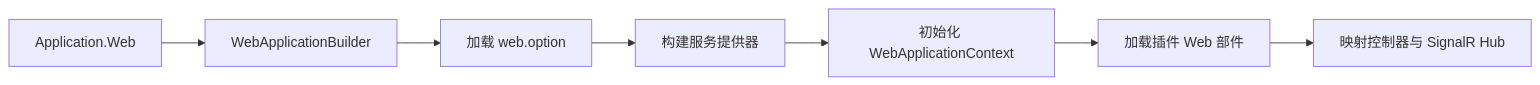
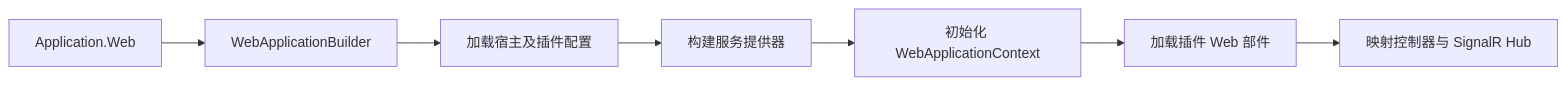
Before and after one commit to Zongsoft/framework: the diagram in Zongsoft.Plugins.Web/README.zh-Hans.md, drawn with Mermaid. The commit also changed other lines of this file and 37 other files, not shown here.

````diff
--- a/Zongsoft.Plugins.Web/README.zh-Hans.md
+++ b/Zongsoft.Plugins.Web/README.zh-Hans.md
@@ -21,9 +21,9 @@
 ```mermaid
 flowchart LR
 	A[Application.Web] --> B[WebApplicationBuilder]
-	B --> C[加载 web.option]
+	B --> C[加载宿主及插件配置]
 	C --> D[构建服务提供器]
 	D --> E[初始化 WebApplicationContext]
 	E --> F[加载插件 Web 部件]
 	F --> G[映射控制器与 SignalR Hub]
 ```
````
